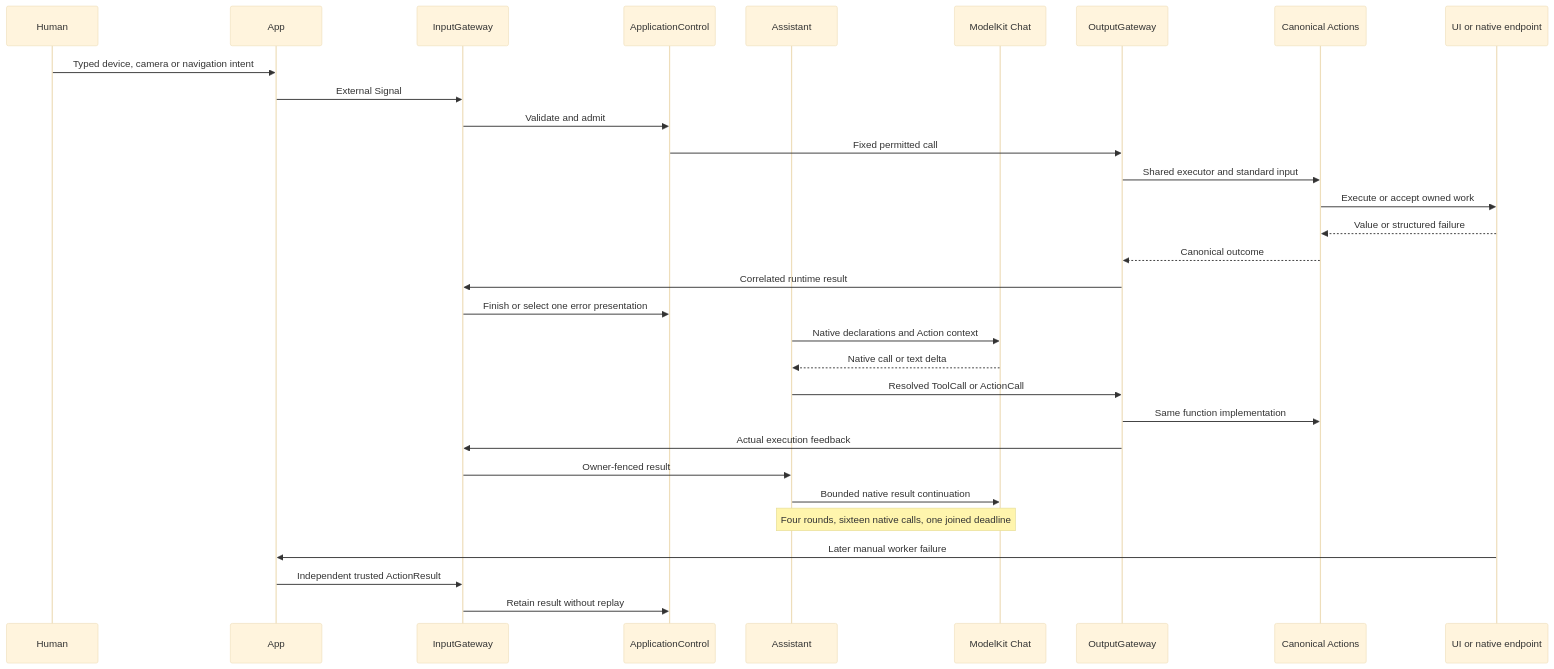
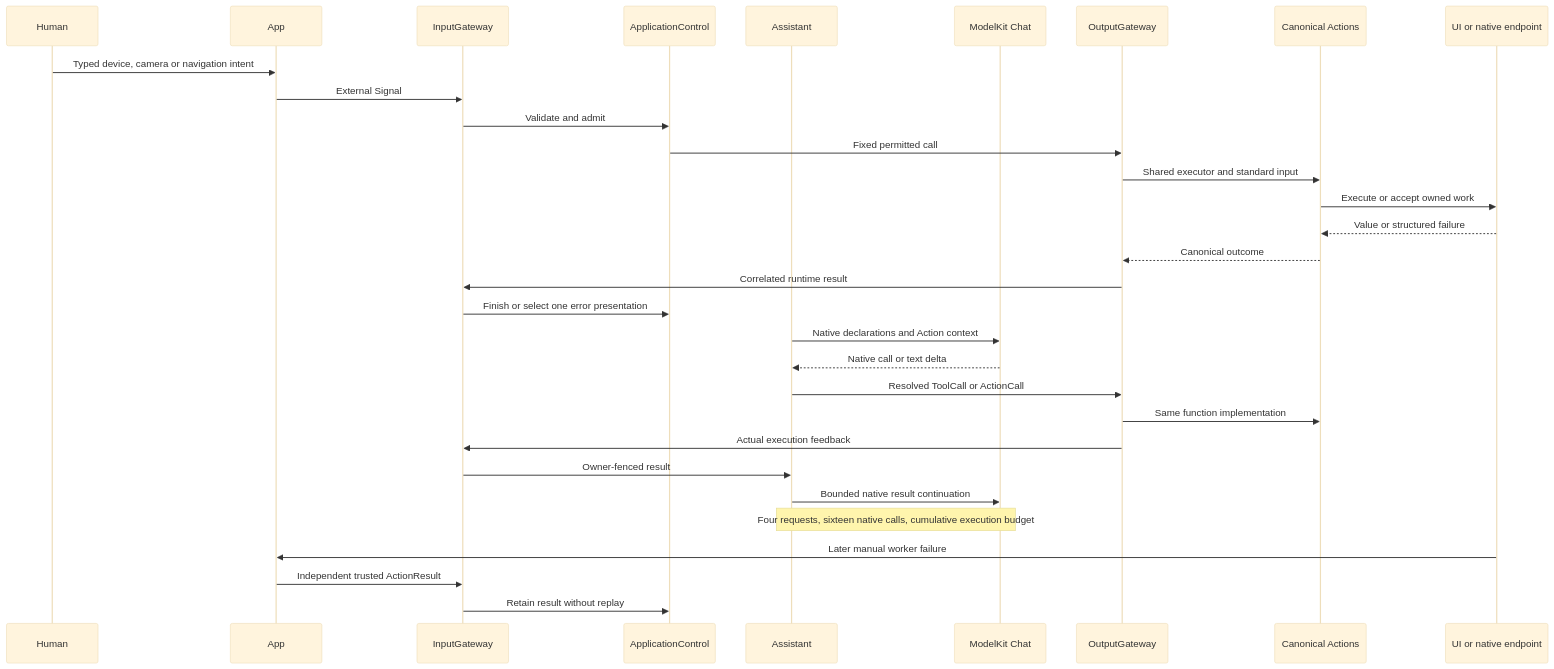
Diagram 29 of 29 in MobileHarness/README.md (devilyouwei/MobileHarness), drawn with Mermaid (base theme) before and after one commit. The commit also changed other lines of this file and 291 other files, not shown here.

````diff
--- a/MobileHarness/README.md
+++ b/MobileHarness/README.md
@@ -1525,33 +1524,33 @@
 ```mermaid
 sequenceDiagram
     participant Human
     participant App
     participant Input as InputGateway
     participant Root as ApplicationControl
     participant Assistant
     participant Model as ModelKit Chat
     participant Output as OutputGateway
     participant Function as Canonical Actions
     participant Native as UI or native endpoint
     Human->>App: Typed device, camera or navigation intent
     App->>Input: External Signal
     Input->>Root: Validate and admit
     Root->>Output: Fixed permitted call
     Output->>Function: Shared executor and standard input
     Function->>Native: Execute or accept owned work
     Native-->>Function: Value or structured failure
     Function-->>Output: Canonical outcome
     Output->>Input: Correlated runtime result
     Input->>Root: Finish or select one error presentation
     Assistant->>Model: Native declarations and Action context
     Model-->>Assistant: Native call or text delta
     Assistant->>Output: Resolved ToolCall or ActionCall
     Output->>Function: Same function implementation
     Output->>Input: Actual execution feedback
     Input->>Assistant: Owner-fenced result
     Assistant->>Model: Bounded native result continuation
-    Note over Assistant,Model: Four rounds, sixteen native calls, one joined deadline
+    Note over Assistant,Model: Four requests, sixteen native calls, cumulative execution budget
     Native->>App: Later manual worker failure
     App->>Input: Independent trusted ActionResult
     Input->>Root: Retain result without replay
 ```
````
